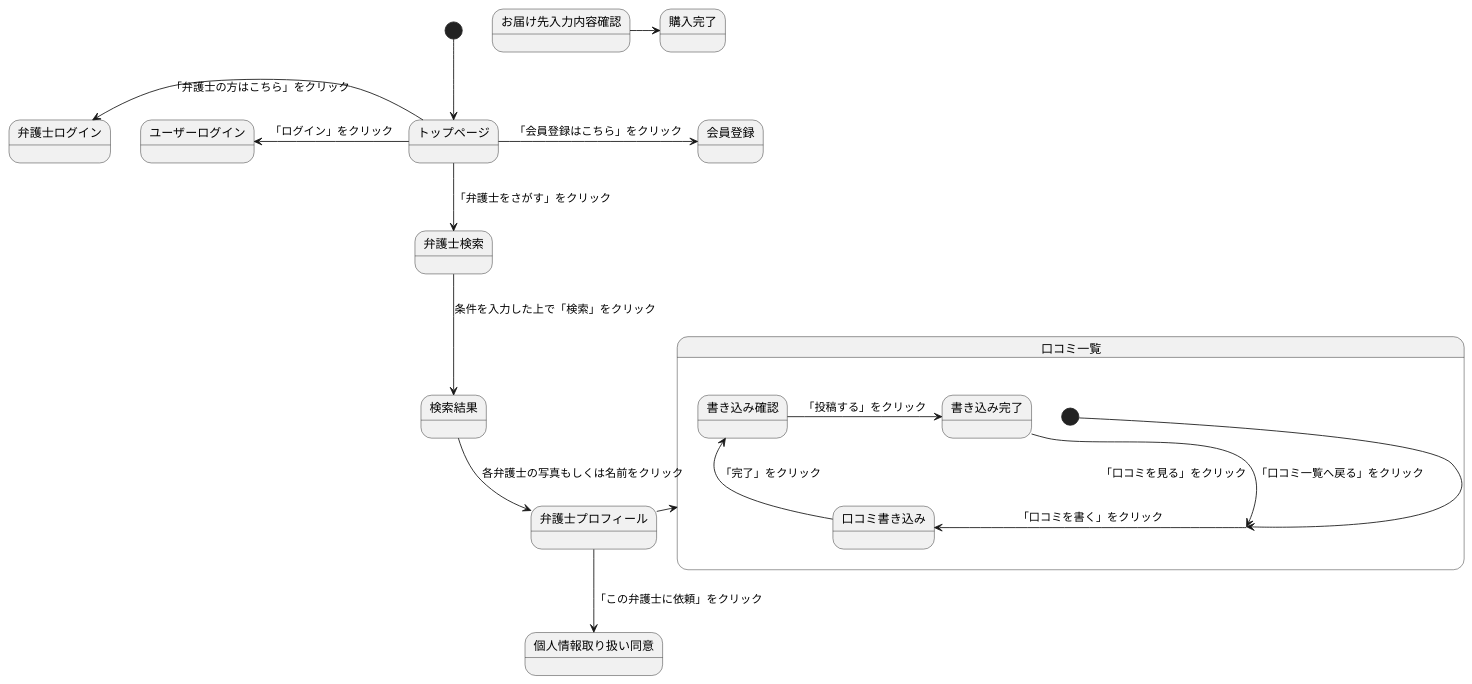
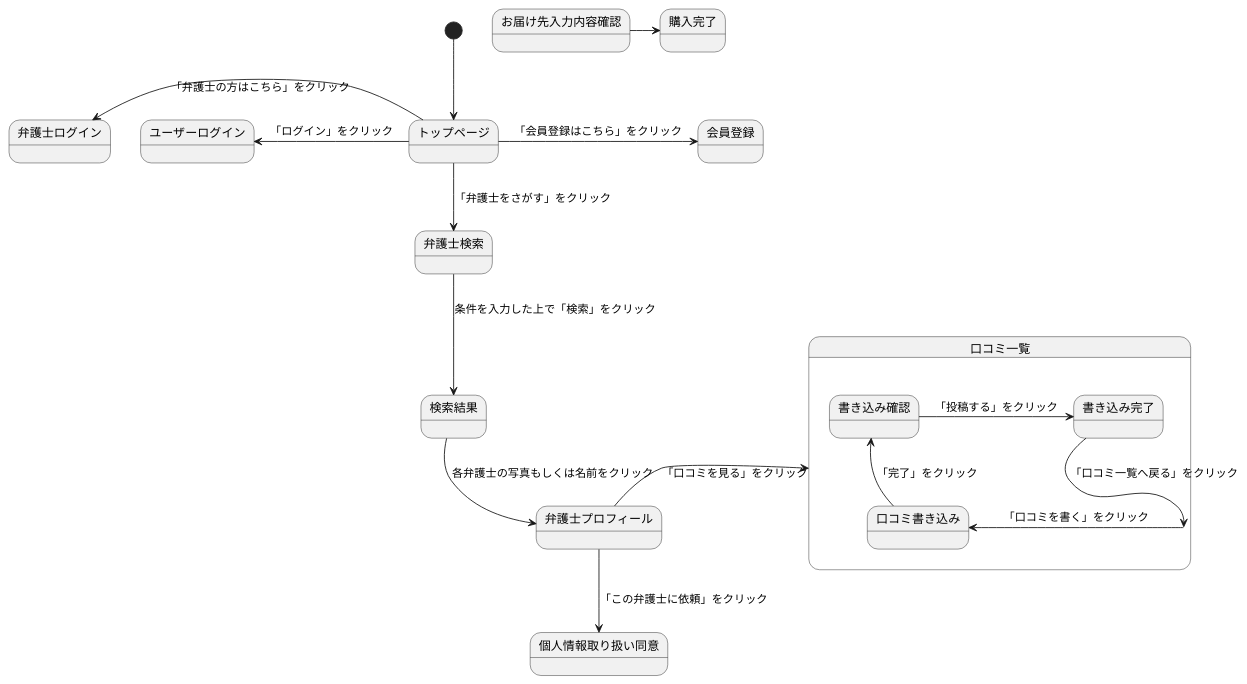
One commit to Aso2001374/2021sys-design changed the diagram in 0524kadai.md. Above: the diagram before and after it, drawn with PlantUML.

````diff
--- a/0524kadai.md
+++ b/0524kadai.md
@@ -1,21 +1,20 @@
 ```uml
 @startuml
 [*] --> トップページ
 トップページ -> 会員登録:「会員登録はこちら」をクリック
 トップページ -left-> ユーザーログイン:「ログイン」をクリック
 トップページ -left-> 弁護士ログイン:「弁護士の方はこちら」をクリック
 トップページ --> 弁護士検索:「弁護士をさがす」をクリック
 弁護士検索 --> 検索結果: 条件を入力した上で「検索」をクリック
 検索結果 --> 弁護士プロフィール: 各弁護士の写真もしくは名前をクリック
 弁護士プロフィール -left-> 口コミ一覧:「口コミを見る」をクリック
 弁護士プロフィール --> 個人情報取り扱い同意:「この弁護士に依頼」をクリック
 state 口コミ一覧{
-[*] --> 口コミ一覧
 口コミ一覧 -left-> 口コミ書き込み:「口コミを書く」をクリック
 口コミ書き込み -up-> 書き込み確認:「完了」をクリック
 書き込み確認 -right-> 書き込み完了:「投稿する」をクリック
 書き込み完了 -down-> 口コミ一覧:「口コミ一覧へ戻る」をクリック
 }
 お届け先入力内容確認 -> 購入完了
 @enduml
 ```
````
